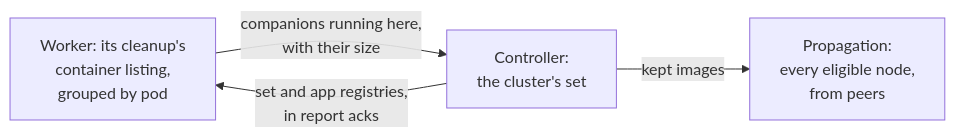
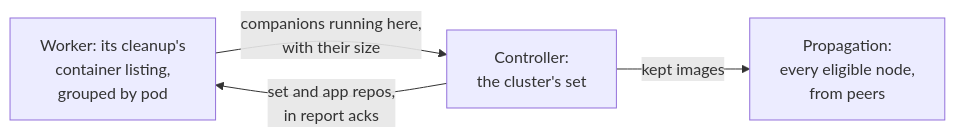
Before and after one commit to hatam-abolghasemi/Angry-Duck: the diagram in docs/companions.md, drawn with Mermaid. The commit also changed other lines of this file and 3 other files, not shown here.

````diff
--- a/docs/companions.md
+++ b/docs/companions.md
@@ -37,6 +33,6 @@
 ```mermaid
 flowchart LR
     W[Worker: its cleanup's<br/>container listing,<br/>grouped by pod] -->|companions running here,<br/>with their size| C[Controller:<br/>the cluster's set]
-    C -->|set and app registries,<br/>in report acks| W
+    C -->|set and app repos,<br/>in report acks| W
     C -->|kept images| P[Propagation:<br/>every eligible node,<br/>from peers]
 ```
````
